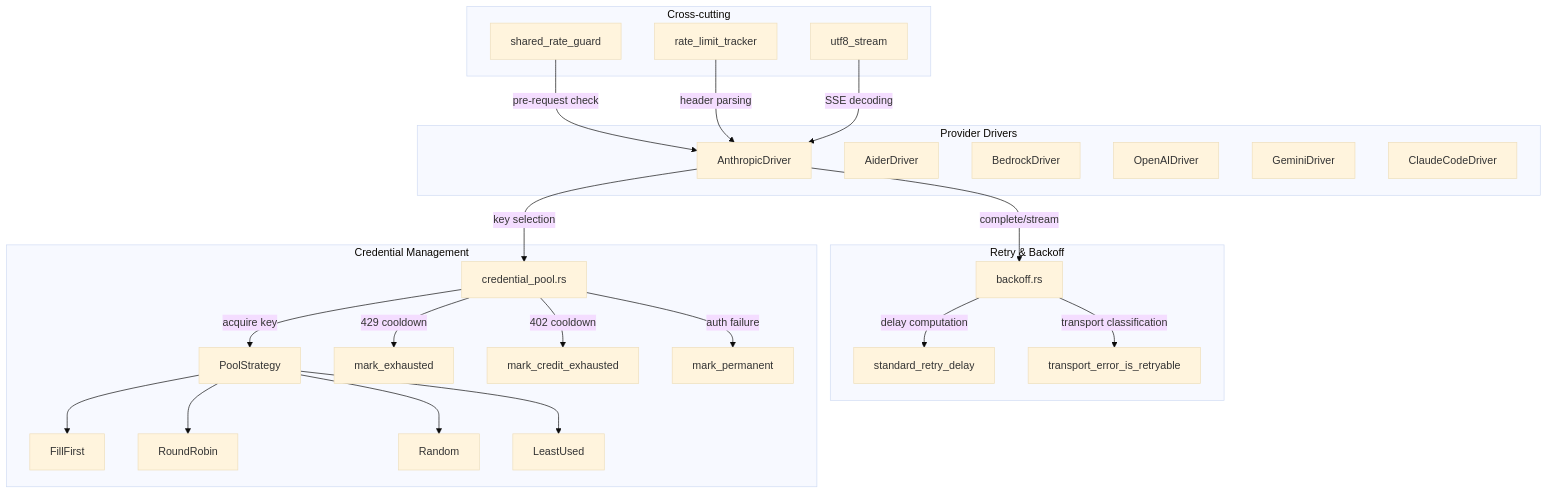
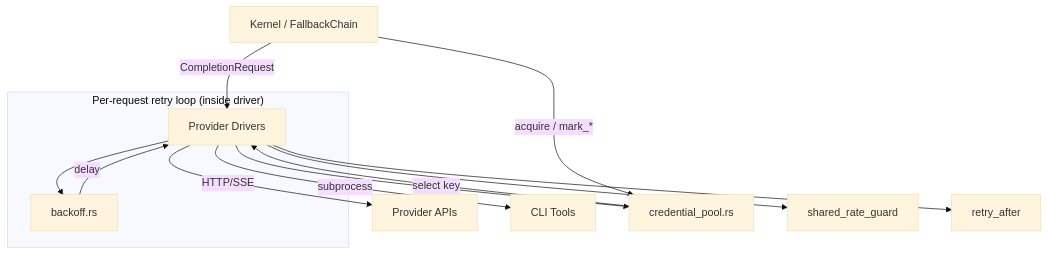
Before and after one commit to leszek3737/librefang-WIki: the diagram in llm-drivers-librefang-llm-drivers-src.md, drawn with Mermaid (base theme). The commit also changed other lines of this file and 119 other files, not shown here.

````diff
--- a/llm-drivers-librefang-llm-drivers-src.md
+++ b/llm-drivers-librefang-llm-drivers-src.md
@@ -9,34 +9,18 @@
 ```mermaid
 graph TD
-    subgraph "Retry & Backoff"
-        BO[backoff.rs] --> |delay computation| SRD[standard_retry_delay]
-        BO --> |transport classification| TEIR[transport_error_is_retryable]
-    end
+    KR[Kernel / FallbackChain] -->|CompletionRequest| PD[Provider Drivers]
+    PD -->|HTTP/SSE| API[Provider APIs]
+    PD -->|subprocess| CLI[CLI Tools]
 
-    subgraph "Credential Management"
-        CP[credential_pool.rs] --> |acquire key| PS[PoolStrategy]
-        PS --> FF[FillFirst]
-        PS --> RR[RoundRobin]
-        PS --> RA[Random]
-        PS --> LU[LeastUsed]
-        CP --> |429 cooldown| ME[mark_exhausted]
-        CP --> |402 cooldown| MCE[mark_credit_exhausted]
-        CP --> |auth failure| MP[mark_permanent]
-    end
+    PD --> BO[backoff.rs]
+    PD --> CP[credential_pool.rs]
+    PD --> SRG[shared_rate_guard]
+    PD --> RA[retry_after]
 
-    subgraph "Provider Drivers"
-        AD[AnthropicDriver] --> |complete/stream| BO
-        AD --> |key selection| CP
-        AI[AiderDriver]
-        BD[BedrockDriver]
-        OD[OpenAIDriver]
-        GD[GeminiDriver]
-        CD[ClaudeCodeDriver]
-    end
+    KR -->|acquire / mark_*| CP
+    CP -->|select key| PD
 
-    subgraph "Cross-cutting"
-        SRG[shared_rate_guard] --> |pre-request check| AD
-        RLT[rate_limit_tracker] --> |header parsing| AD
-        U8S[utf8_stream] --> |SSE decoding| AD
+    subgraph "Per-request retry loop (inside driver)"
+        BO -->|delay| PD
     end
 ```
````
